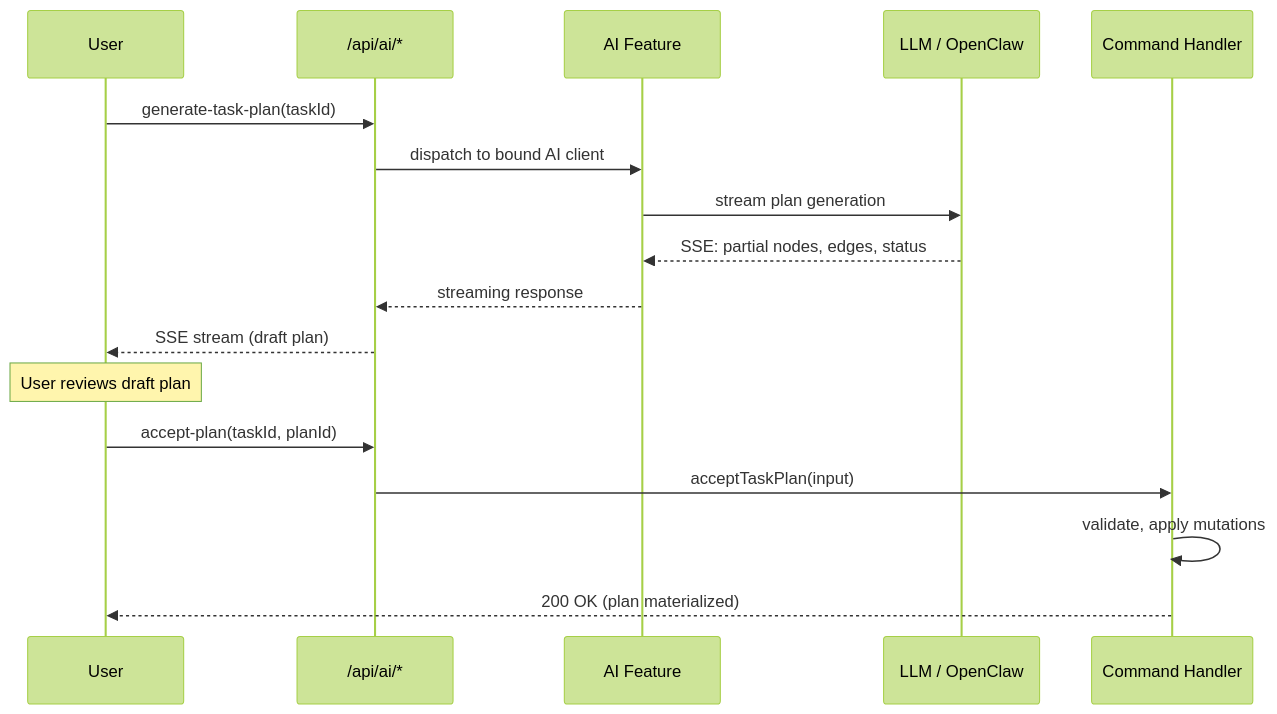
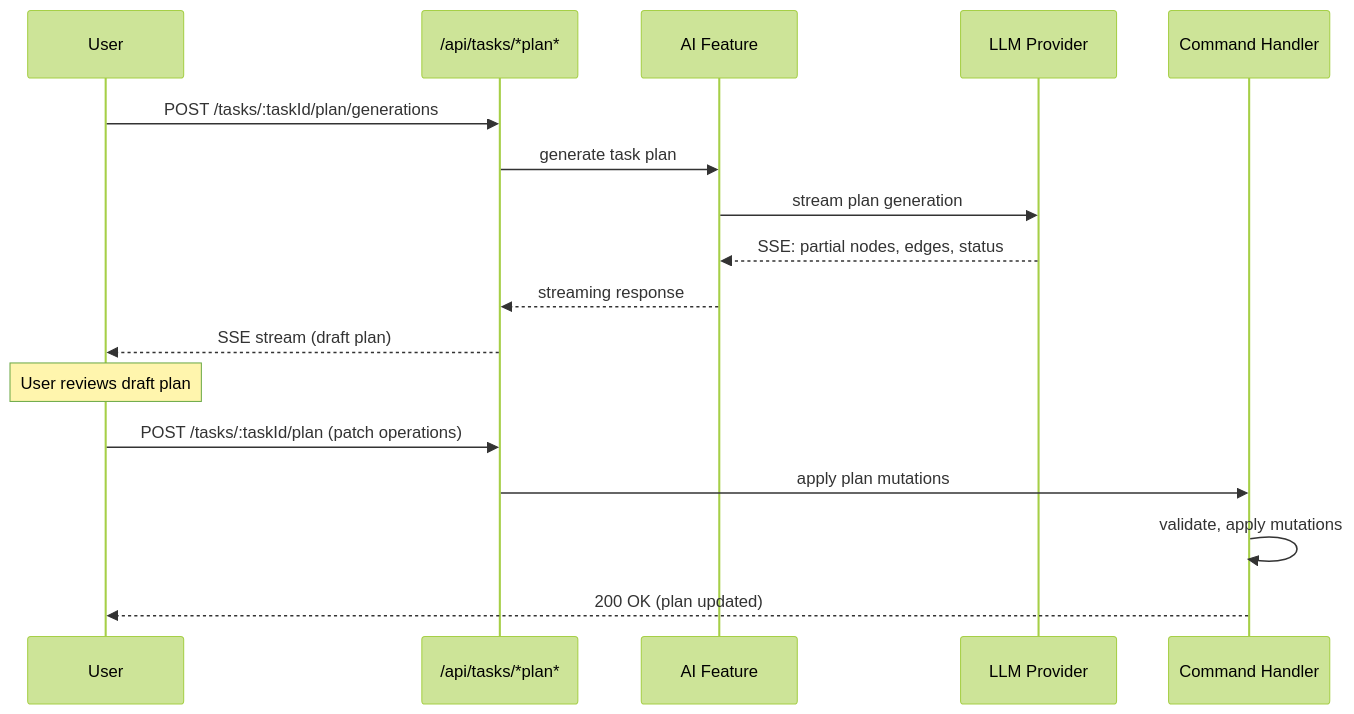
The seventh of 7 diagrams in docs/architecture.md (saya-ashen/Chrona), drawn with Mermaid (forest theme) before and after one commit. The commit also changed other lines of this file and 13 other files, not shown here.

````diff
--- a/docs/architecture.md
+++ b/docs/architecture.md
@@ -251,20 +248,20 @@
 ```mermaid
 sequenceDiagram
     participant U as User
-    participant API as /api/ai/*
+    participant API as /api/tasks/*plan*
     participant AI as AI Feature
-    participant LLM as LLM / OpenClaw
+    participant LLM as LLM Provider
     participant CMD as Command Handler
 
-    U->>API: generate-task-plan(taskId)
-    API->>AI: dispatch to bound AI client
+    U->>API: POST /tasks/:taskId/plan/generations
+    API->>AI: generate task plan
     AI->>LLM: stream plan generation
     LLM-->>AI: SSE: partial nodes, edges, status
     AI-->>API: streaming response
     API-->>U: SSE stream (draft plan)
     Note over U: User reviews draft plan
-    U->>API: accept-plan(taskId, planId)
-    API->>CMD: acceptTaskPlan(input)
+    U->>API: POST /tasks/:taskId/plan (patch operations)
+    API->>CMD: apply plan mutations
     CMD->>CMD: validate, apply mutations
-    CMD-->>U: 200 OK (plan materialized)
+    CMD-->>U: 200 OK (plan updated)
 ```
````
